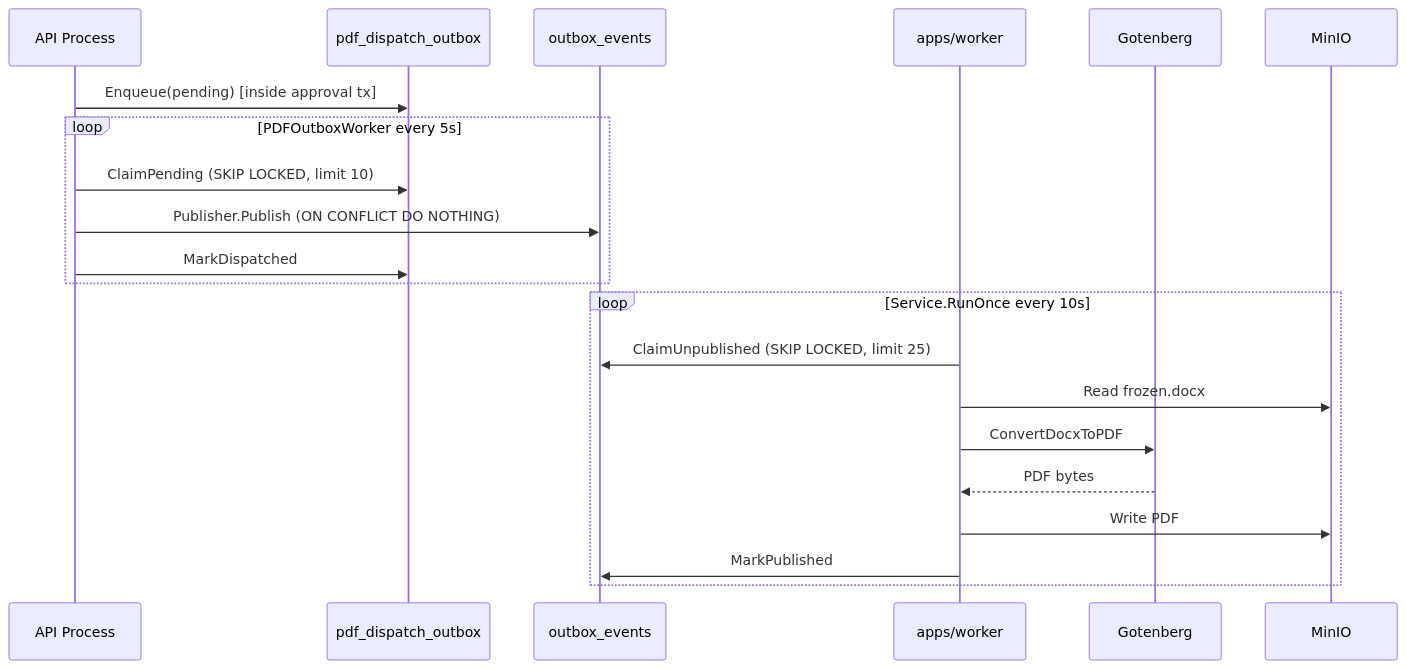
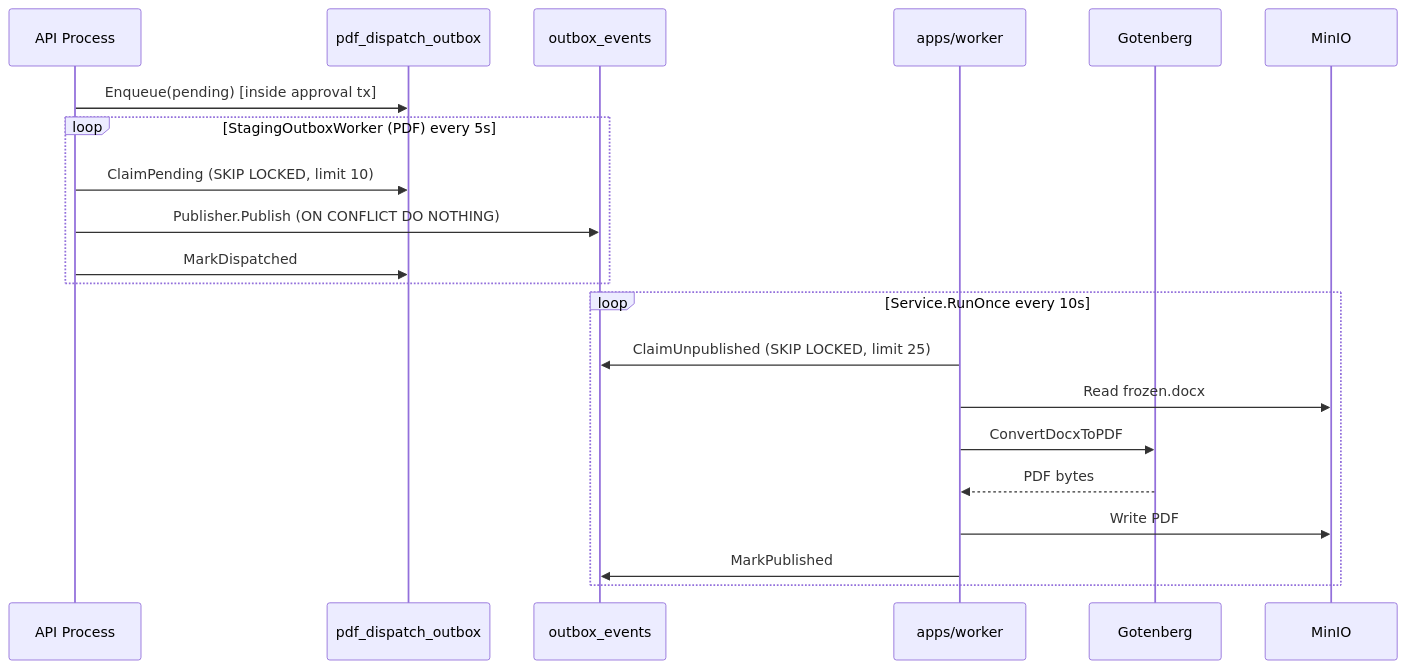
The first of 4 diagrams in wiki/backend/flows/async-job-pipeline.md (developmentconexus-ops/MetalDocs), drawn with Mermaid before and after one commit. The commit also changed other lines of this file and 16 other files, not shown here.

First line of the commit message:
docs(wiki): sync live docs to StagingOutboxWorker consolidation

````diff
--- a/wiki/backend/flows/async-job-pipeline.md
+++ b/wiki/backend/flows/async-job-pipeline.md
@@ -52,24 +52,24 @@
 ```mermaid
 sequenceDiagram
     participant API as API Process
     participant PG_PDF as pdf_dispatch_outbox
     participant PG_OB as outbox_events
     participant WKR as apps/worker
     participant Gotenberg
     participant MinIO
 
     API->>PG_PDF: Enqueue(pending) [inside approval tx]
-    loop PDFOutboxWorker every 5s
+    loop StagingOutboxWorker (PDF) every 5s
         API->>PG_PDF: ClaimPending (SKIP LOCKED, limit 10)
         API->>PG_OB: Publisher.Publish (ON CONFLICT DO NOTHING)
         API->>PG_PDF: MarkDispatched
     end
     loop Service.RunOnce every 10s
         WKR->>PG_OB: ClaimUnpublished (SKIP LOCKED, limit 25)
         WKR->>MinIO: Read frozen.docx
         WKR->>Gotenberg: ConvertDocxToPDF
         Gotenberg-->>WKR: PDF bytes
         WKR->>MinIO: Write PDF
         WKR->>PG_OB: MarkPublished
     end
 ```
````
